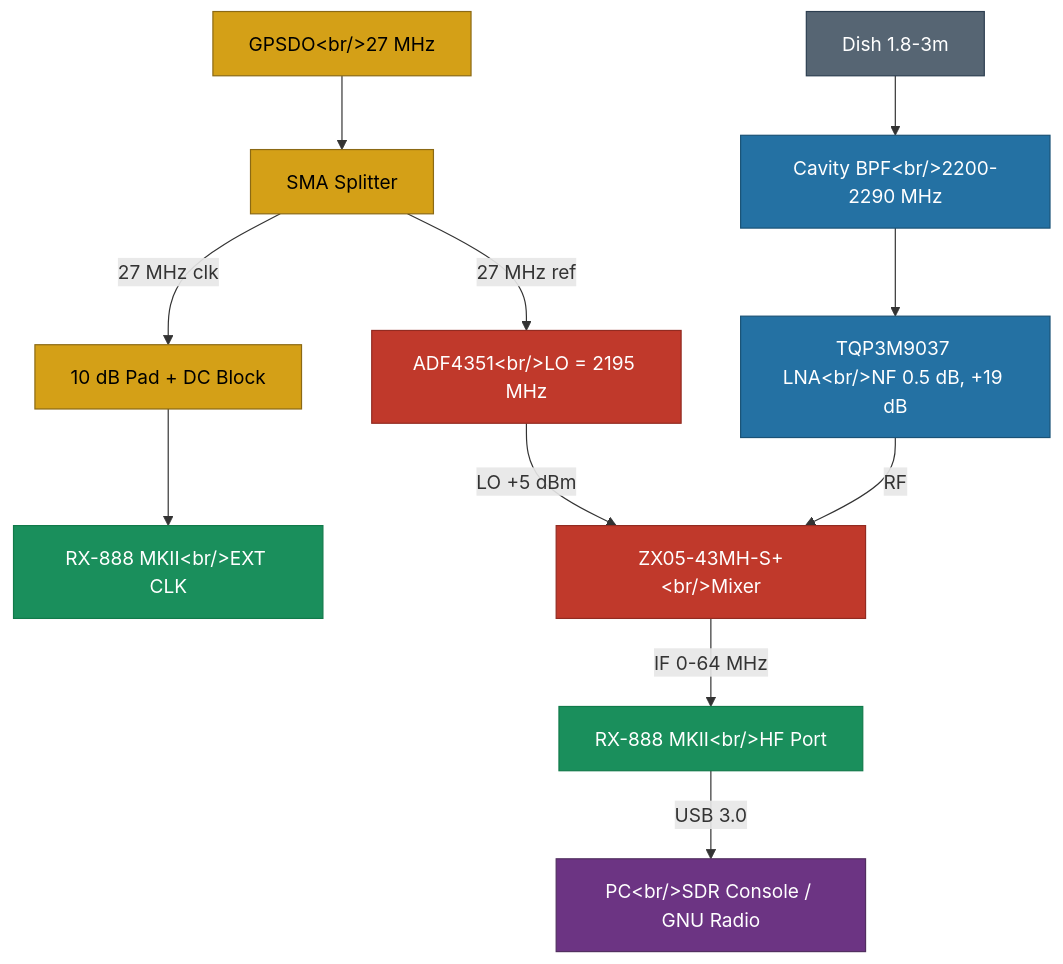
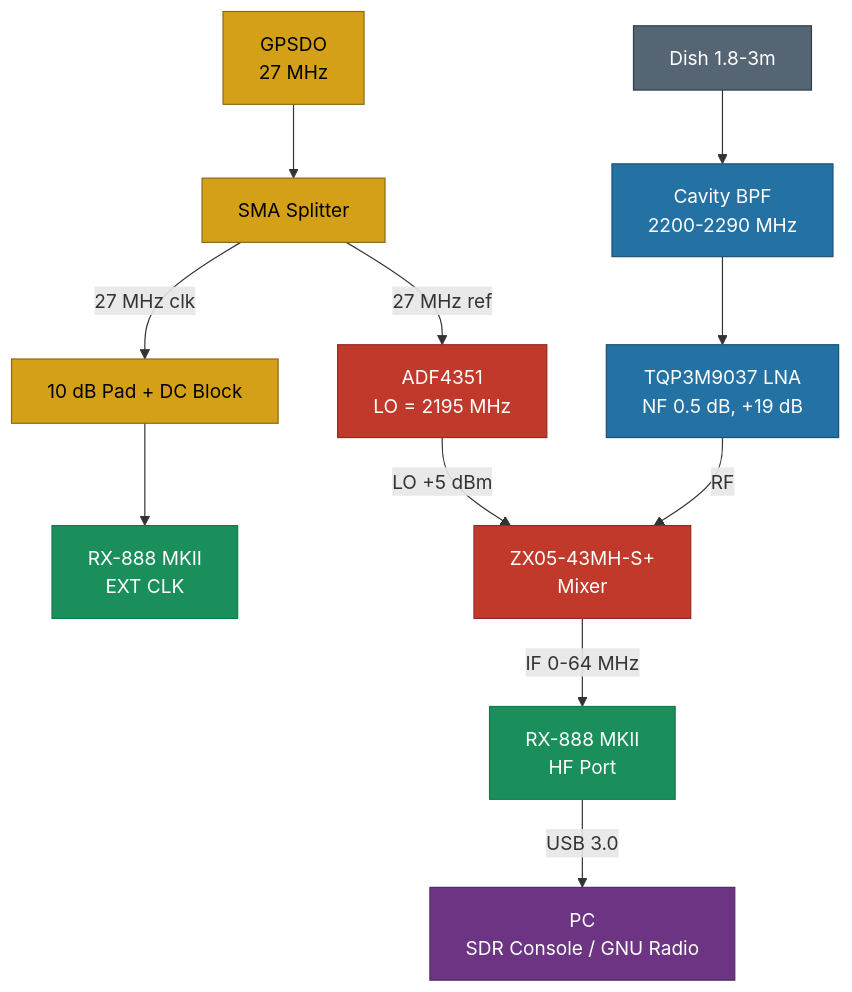
The first of 2 diagrams in README.md (SP5LOT/skyedge-sband-downconverter), drawn with Mermaid before and after one commit. The commit also changed other lines of this file, not shown here.

Commit message:
Fix Mermaid line breaks, remove personal info from Author section

````diff
--- a/README.md
+++ b/README.md
@@ -27,26 +27,26 @@
 ```mermaid
 graph TD
-    GPSDO["GPSDO&lt;br/&gt;27 MHz"] --> SPLIT["SMA Splitter"]
-    SPLIT -->|"27 MHz ref"| ADF["ADF4351&lt;br/&gt;LO = 2195 MHz"]
+    GPSDO["GPSDO<br>27 MHz"] --> SPLIT["SMA Splitter"]
+    SPLIT -->|"27 MHz ref"| ADF["ADF4351<br>LO = 2195 MHz"]
     SPLIT -->|"27 MHz clk"| PAD["10 dB Pad + DC Block"]
-    PAD --> RX["RX-888 MKII&lt;br/&gt;EXT CLK"]
+    PAD --> RX["RX-888 MKII<br>EXT CLK"]
 
-    DISH["Dish 1.8-3m"] --> BPF["Cavity BPF&lt;br/&gt;2200-2290 MHz"]
-    BPF --> LNA["TQP3M9037 LNA&lt;br/&gt;NF 0.5 dB, +19 dB"]
-    LNA -->|"RF"| MIX["ZX05-43MH-S+&lt;br/&gt;Mixer"]
+    DISH["Dish 1.8-3m"] --> BPF["Cavity BPF<br>2200-2290 MHz"]
+    BPF --> LNA["TQP3M9037 LNA<br>NF 0.5 dB, +19 dB"]
+    LNA -->|"RF"| MIX["ZX05-43MH-S+<br>Mixer"]
     ADF -->|"LO +5 dBm"| MIX
-    MIX -->|"IF 0-64 MHz"| RXHF["RX-888 MKII&lt;br/&gt;HF Port"]
-    RXHF -->|"USB 3.0"| PC["PC&lt;br/&gt;SDR Console / GNU Radio"]
+    MIX -->|"IF 0-64 MHz"| RXHF["RX-888 MKII<br>HF Port"]
+    RXHF -->|"USB 3.0"| PC["PC<br>SDR Console / GNU Radio"]
 
     style GPSDO fill:#d4a017,stroke:#8b6914,color:#000
     style ADF fill:#c0392b,stroke:#922b21,color:#fff
     style MIX fill:#c0392b,stroke:#922b21,color:#fff
     style LNA fill:#2471a3,stroke:#1a5276,color:#fff
     style BPF fill:#2471a3,stroke:#1a5276,color:#fff
     style RX fill:#1a8f5c,stroke:#117a4a,color:#fff
     style RXHF fill:#1a8f5c,stroke:#117a4a,color:#fff
     style PC fill:#6c3483,stroke:#512e5f,color:#fff
     style DISH fill:#566573,stroke:#2c3e50,color:#fff
     style SPLIT fill:#d4a017,stroke:#8b6914,color:#000
     style PAD fill:#d4a017,stroke:#8b6914,color:#000
 ```
````
